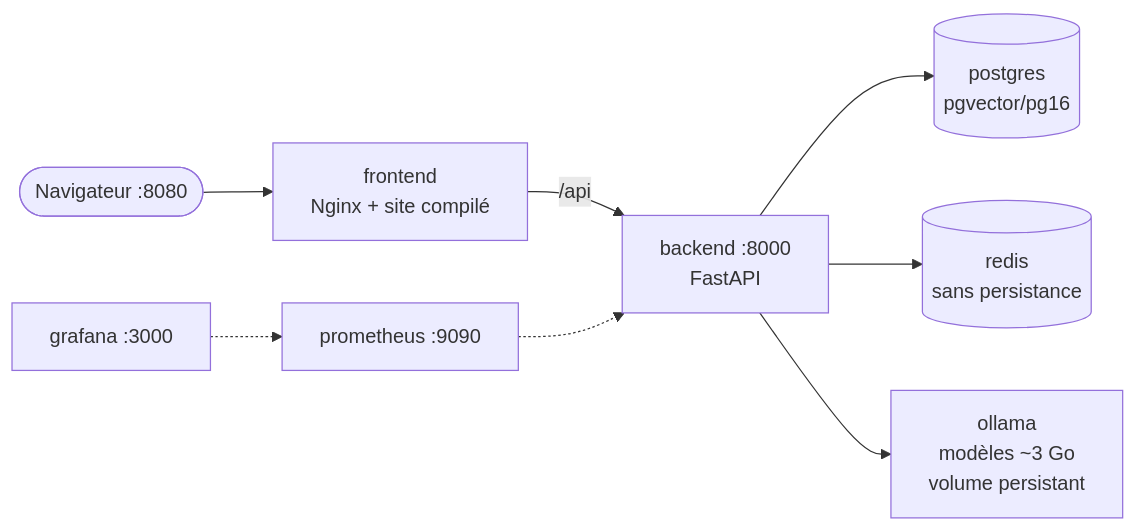
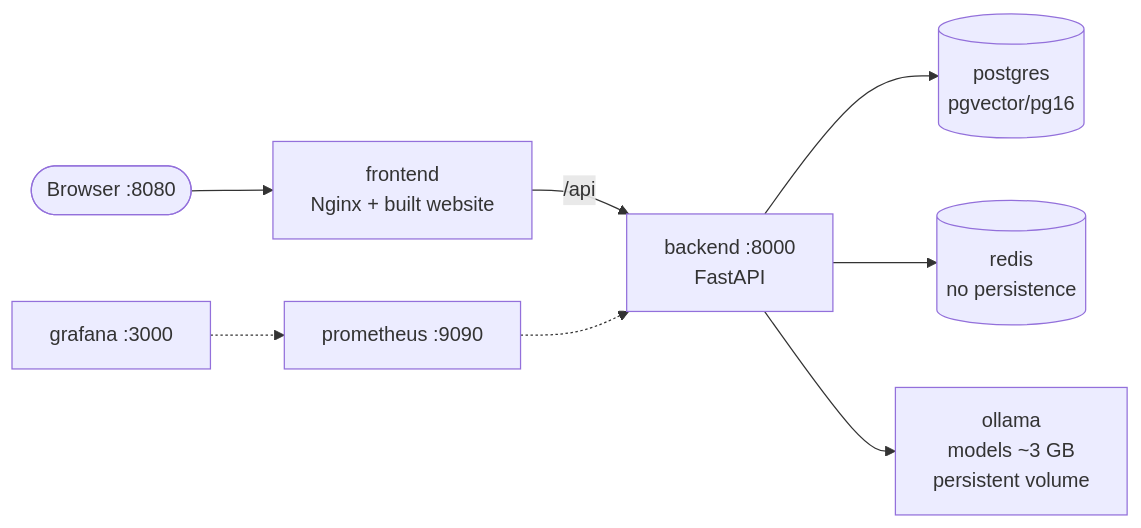
One commit to Dioumadev221/SUNUSAFEGUARD changed diagram 15 of 17 in README.md. Above: the diagram before and after it, drawn with Mermaid. The commit also changed other lines of this file and 1 other file, not shown here.

````diff
--- a/README.md
+++ b/README.md
@@ -754,10 +769,10 @@
 ```mermaid
 flowchart LR
-    U(["Navigateur :8080"]) --> FE["frontend<br/>Nginx + site compilé"]
+    U(["Browser :8080"]) --> FE["frontend<br/>Nginx + built website"]
     FE -->|/api| BE["backend :8000<br/>FastAPI"]
     BE --> PG[("postgres<br/>pgvector/pg16")]
-    BE --> RD[("redis<br/>sans persistance")]
-    BE --> OL["ollama<br/>modèles ~3 Go<br/>volume persistant"]
+    BE --> RD[("redis<br/>no persistence")]
+    BE --> OL["ollama<br/>models ~3 GB<br/>persistent volume"]
     PR["prometheus :9090"] -.-> BE
     GR["grafana :3000"] -.-> PR
 ```
````
